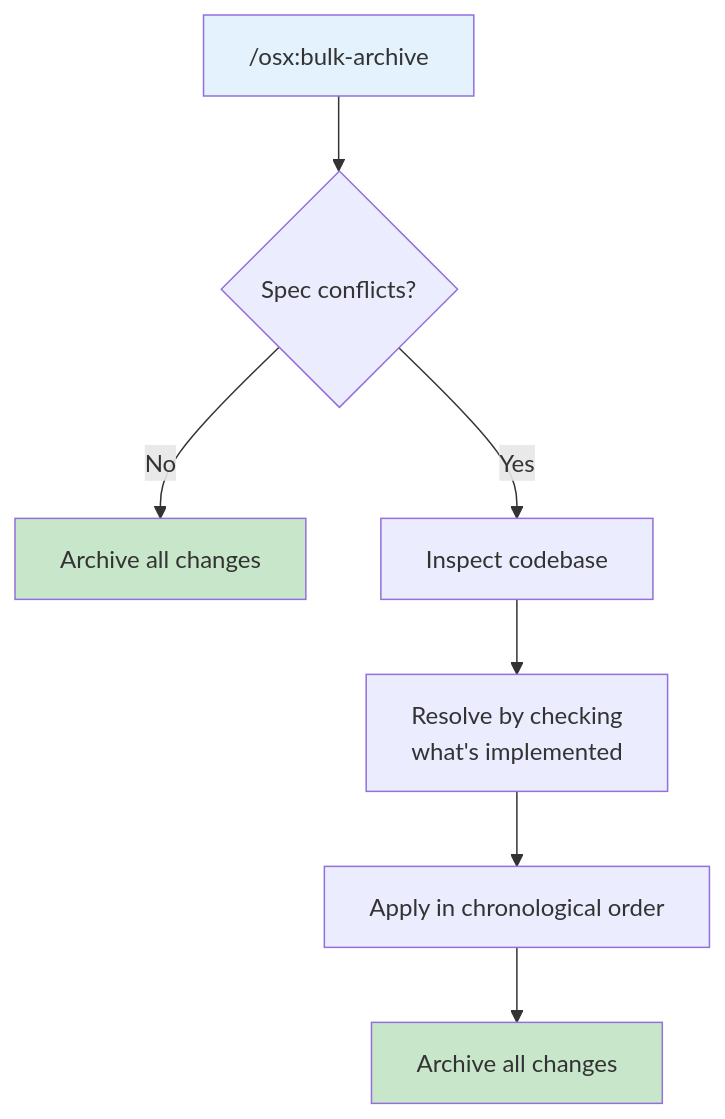
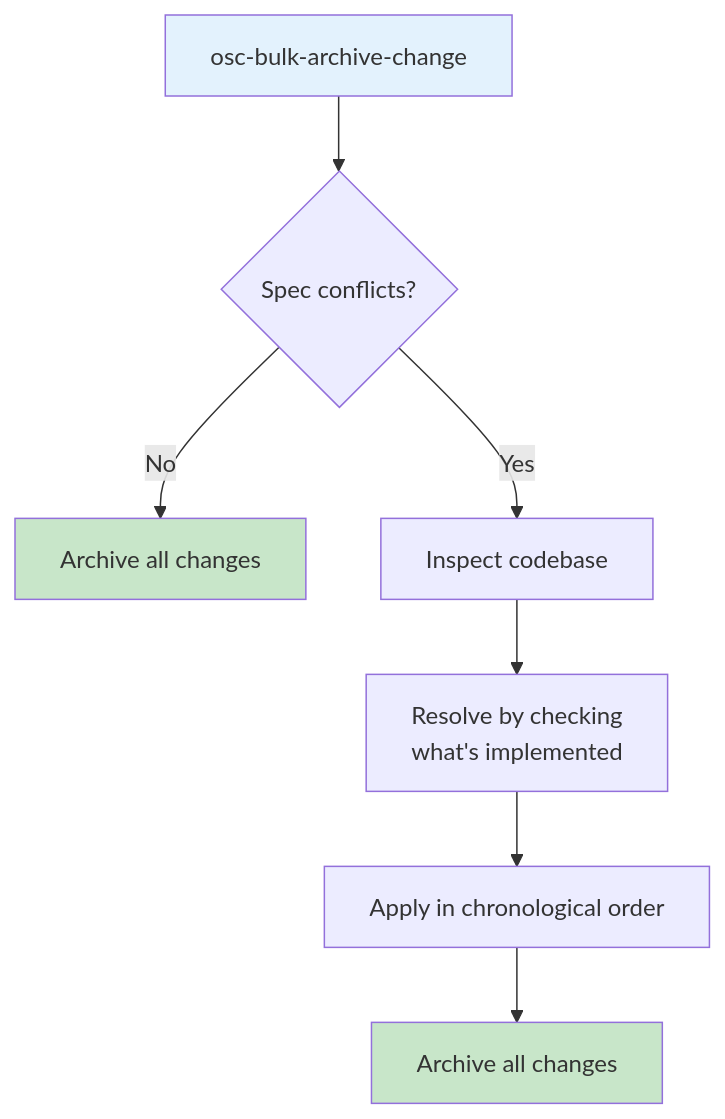
Before and after one commit to amauryconstant/openspec-extended: the third of 3 diagrams in resources/claude/skills/osx-concepts/references/change-guidance.md, drawn with Mermaid. The commit also changed other lines of this file and 27 other files, not shown here.

````diff
--- a/resources/claude/skills/osx-concepts/references/change-guidance.md
+++ b/resources/claude/skills/osx-concepts/references/change-guidance.md
@@ -161,13 +161,13 @@
 ```mermaid
 graph TD
-    A["/osx:bulk-archive"] --> B{Spec conflicts?}
+    A["osc-bulk-archive-change"] --> B{Spec conflicts?}
     B -->|No| C["Archive all changes"]
     B -->|Yes| D["Inspect codebase"]
     D --> E["Resolve by checking<br/>what's implemented"]
     E --> F["Apply in chronological order"]
     F --> G["Archive all changes"]
     
     style A fill:#e3f2fd
     style C fill:#c8e6c9
     style G fill:#c8e6c9
 ```
````
